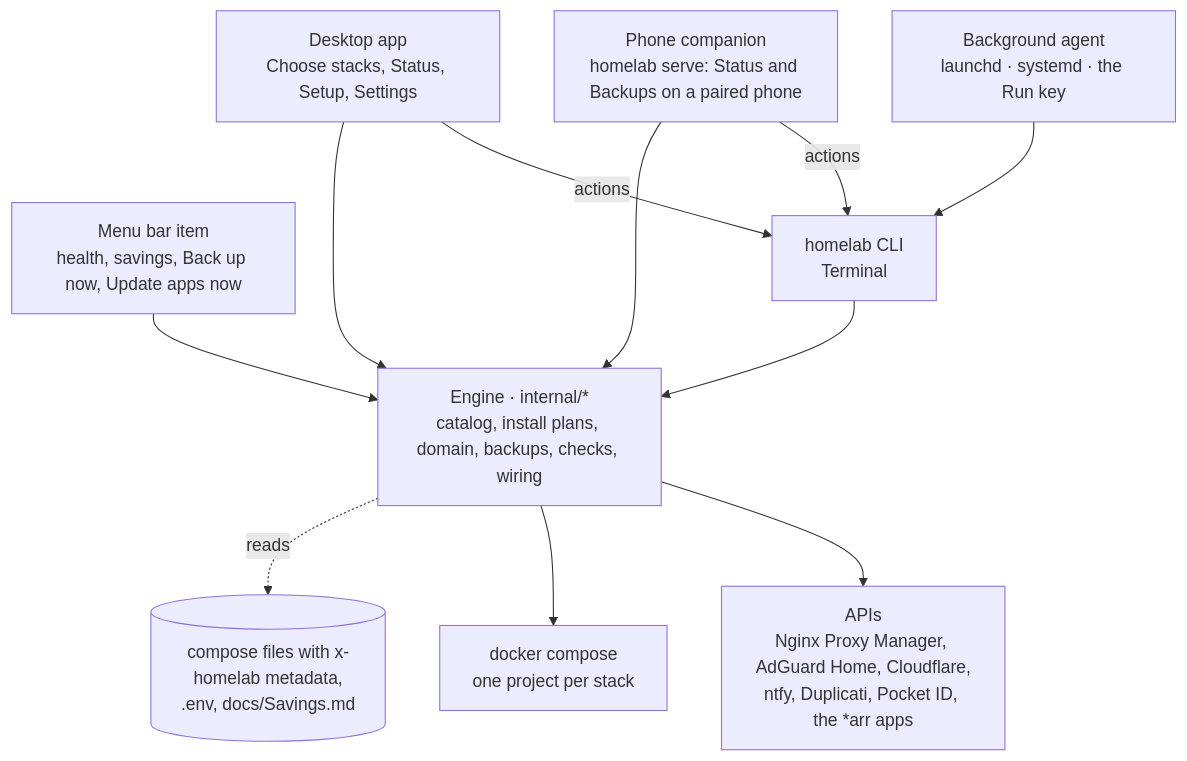
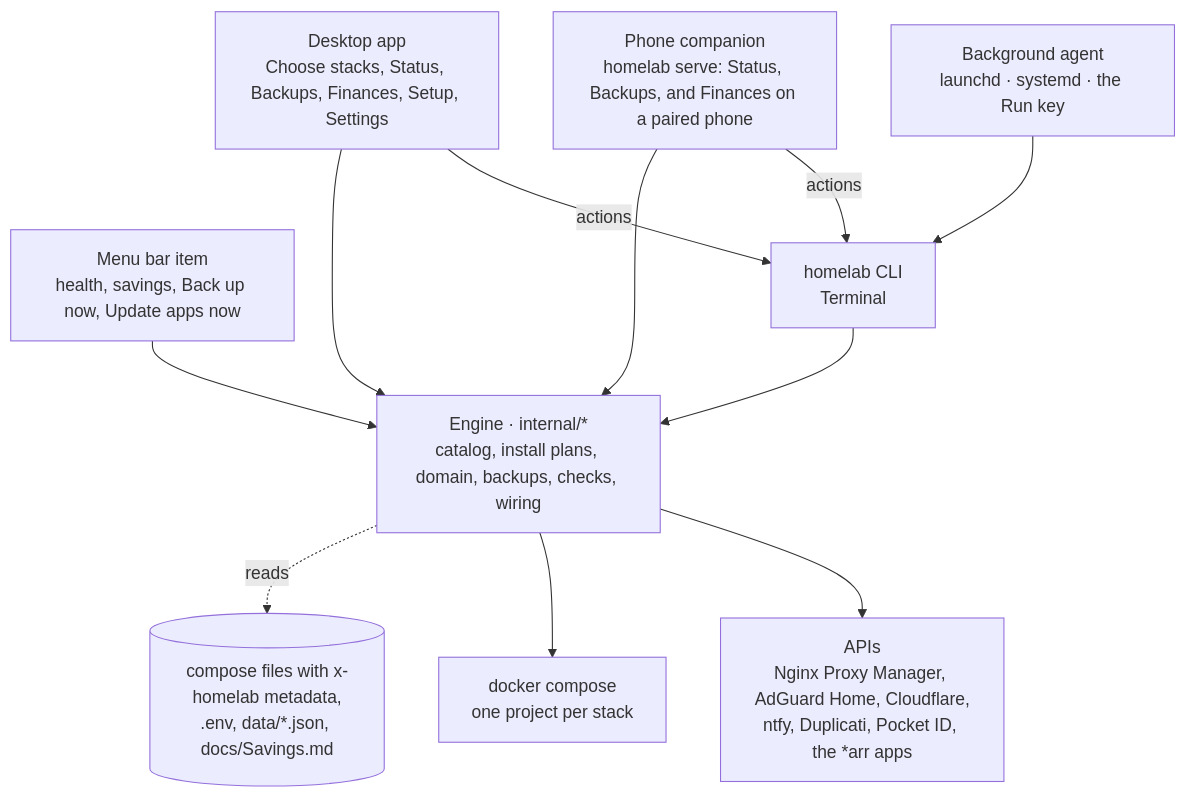
The second of 2 diagrams in docs/Architecture.md (Snooper42/homelab-wizard), drawn with Mermaid before and after one commit. The commit also changed other lines of this file and 72 other files, not shown here.

````diff
--- a/docs/Architecture.md
+++ b/docs/Architecture.md
@@ -91,22 +91,22 @@
 ```mermaid
 flowchart TB
-  app[Desktop app<br/>Choose stacks, Status, Setup, Settings]
+  app[Desktop app<br/>Choose stacks, Status, Backups, Finances, Setup, Settings]
   tray[Menu bar item<br/>health, savings, Back up now, Update apps now]
-  phone[Phone companion<br/>homelab serve: Status and Backups on a paired phone]
+  phone[Phone companion<br/>homelab serve: Status, Backups, and Finances on a paired phone]
   cli[homelab CLI<br/>Terminal]
   jobs[Background agent<br/>launchd · systemd · the Run key]
   engine[Engine · internal/*<br/>catalog, install plans, domain, backups, checks, wiring]
-  files[(compose files with x-homelab metadata,<br/>.env, docs/Savings.md)]
+  files[(compose files with x-homelab metadata,<br/>.env, data/*.json, docs/Savings.md)]
   compose[docker compose<br/>one project per stack]
   apis["APIs<br/>Nginx Proxy Manager, AdGuard Home, Cloudflare,<br/>ntfy, Duplicati, Pocket ID, the *arr apps"]
   app --> engine
   phone --> engine
   phone -- "actions" --> cli
   app -- "actions" --> cli
   tray --> engine
   jobs --> cli
   cli --> engine
   engine -. reads .-> files
   engine --> compose
   engine --> apis
 ```
````
